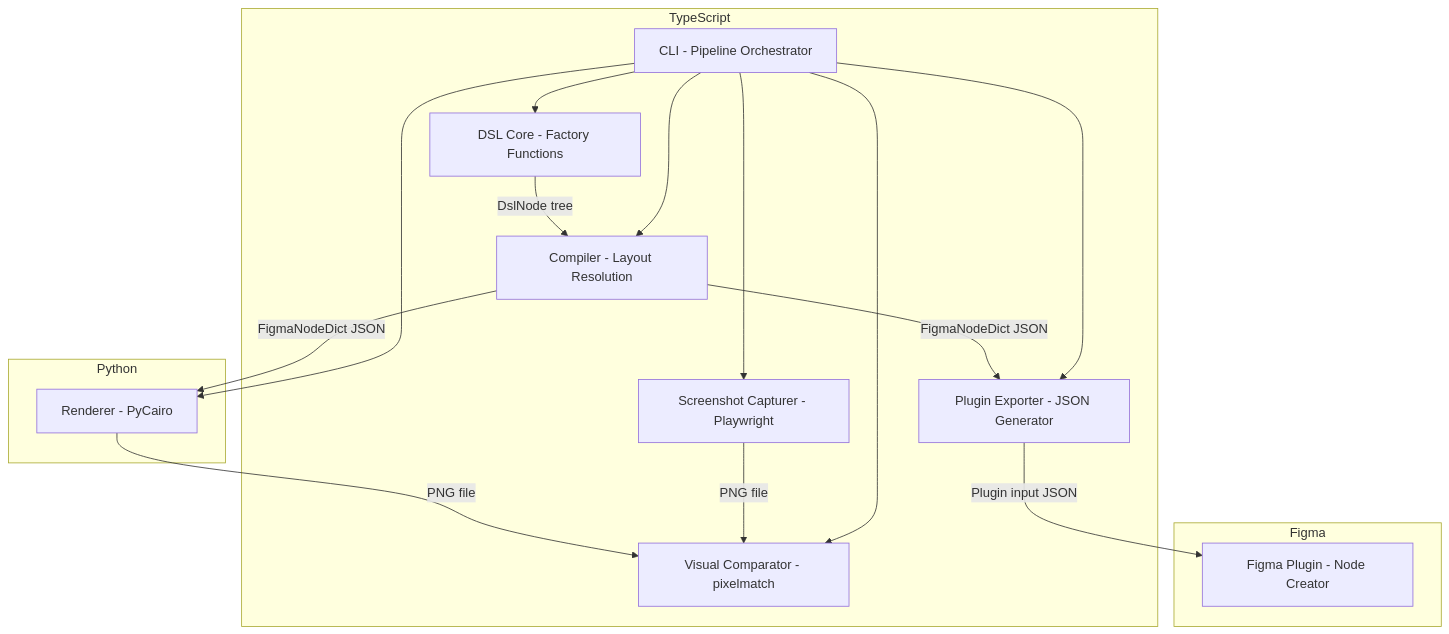
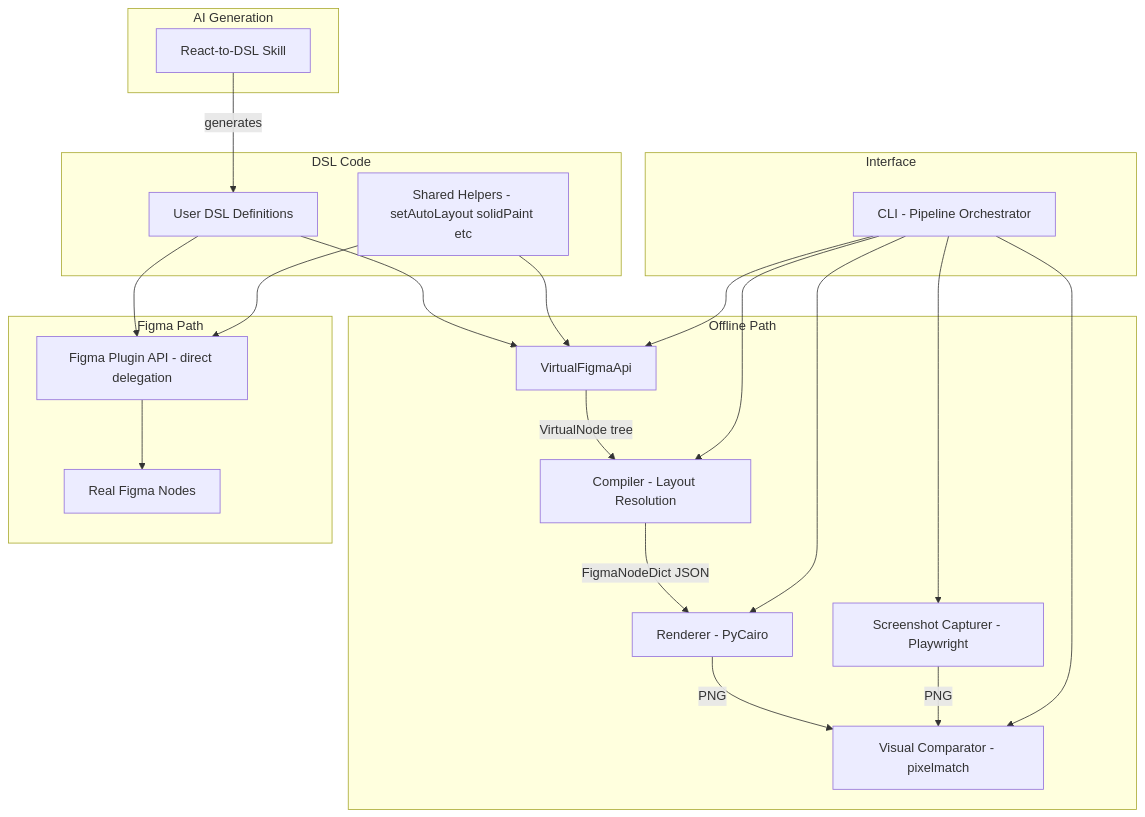
One commit to TETRA2000/figma-component-dsl changed the first of 5 diagrams in .kiro/specs/figma-component-dsl/design.md. Above: the diagram before and after it, drawn with Mermaid. The commit also changed other lines of this file and 2 other files, not shown here.

First line of the commit message:
Regenerate design: adapter pattern for DSL-as-Plugin-API-code + AI skill

````diff
--- a/.kiro/specs/figma-component-dsl/design.md
+++ b/.kiro/specs/figma-component-dsl/design.md
@@ -33,32 +34,44 @@
 ```mermaid
 graph TB
-    subgraph TypeScript
-        DSL[DSL Core - Factory Functions]
+    subgraph DSL Code
+        UserCode[User DSL Definitions]
+        Helpers[Shared Helpers - setAutoLayout solidPaint etc]
+    end
+
+    subgraph Offline Path
+        VirtualApi[VirtualFigmaApi]
         Compiler[Compiler - Layout Resolution]
+        Renderer[Renderer - PyCairo]
         Capturer[Screenshot Capturer - Playwright]
         Comparator[Visual Comparator - pixelmatch]
-        Exporter[Plugin Exporter - JSON Generator]
+    end
+
+    subgraph Figma Path
+        PluginApi[Figma Plugin API - direct delegation]
+        FigmaNodes[Real Figma Nodes]
+    end
+
+    subgraph AI Generation
+        AISkill[React-to-DSL Skill]
+    end
+
+    subgraph Interface
         CLI[CLI - Pipeline Orchestrator]
     end
 
-    subgraph Python
-        Renderer[Renderer - PyCairo]
-    end
-
-    subgraph Figma
-        Plugin[Figma Plugin - Node Creator]
-    end
-
-    DSL -->|DslNode tree| Compiler
+    AISkill -->|generates| UserCode
+    UserCode --> VirtualApi
+    UserCode --> PluginApi
+    Helpers --> VirtualApi
+    Helpers --> PluginApi
+    VirtualApi -->|VirtualNode tree| Compiler
     Compiler -->|FigmaNodeDict JSON| Renderer
-    Compiler -->|FigmaNodeDict JSON| Exporter
-    Renderer -->|PNG file| Comparator
-    Capturer -->|PNG file| Comparator
-    Exporter -->|Plugin input JSON| Plugin
-    CLI --> DSL
+    Renderer -->|PNG| Comparator
+    Capturer -->|PNG| Comparator
+    PluginApi --> FigmaNodes
+    CLI --> VirtualApi
     CLI --> Compiler
     CLI --> Renderer
     CLI --> Capturer
     CLI --> Comparator
-    CLI --> Exporter
 ```
````
